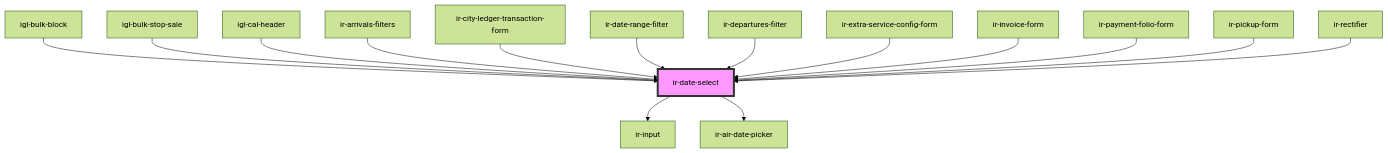
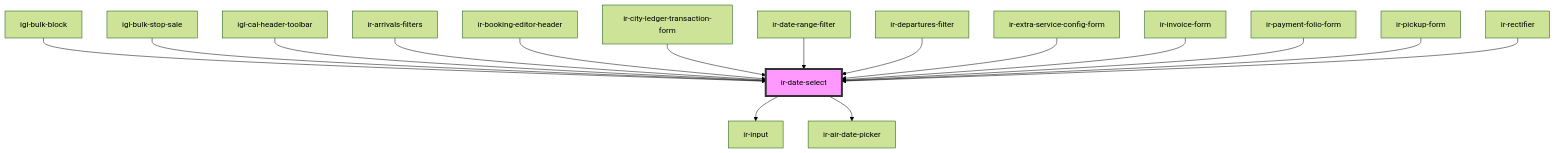
Before and after one commit to RonyRizk/ir-webcmp: the diagram in src/components/ui/date-picker/ir-date-select/readme.md, drawn with Mermaid (forest theme). The commit also changed other lines of this file and 244 other files, not shown here.

````diff
--- a/src/components/ui/date-picker/ir-date-select/readme.md
+++ b/src/components/ui/date-picker/ir-date-select/readme.md
@@ -108,18 +109,19 @@
 ```mermaid
 graph TD;
   ir-date-select --> ir-input
   ir-date-select --> ir-air-date-picker
   igl-bulk-block --> ir-date-select
   igl-bulk-stop-sale --> ir-date-select
-  igl-cal-header --> ir-date-select
+  igl-cal-header-toolbar --> ir-date-select
   ir-arrivals-filters --> ir-date-select
+  ir-booking-editor-header --> ir-date-select
   ir-city-ledger-transaction-form --> ir-date-select
   ir-date-range-filter --> ir-date-select
   ir-departures-filter --> ir-date-select
   ir-extra-service-config-form --> ir-date-select
   ir-invoice-form --> ir-date-select
   ir-payment-folio-form --> ir-date-select
   ir-pickup-form --> ir-date-select
   ir-rectifier --> ir-date-select
   style ir-date-select fill:#f9f,stroke:#333,stroke-width:4px
 ```
````
